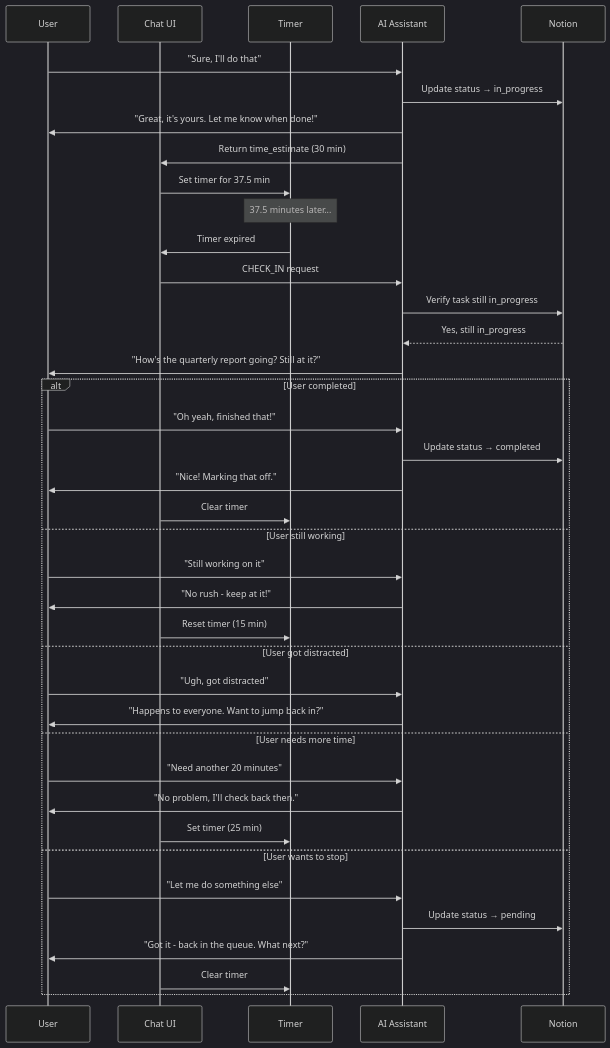
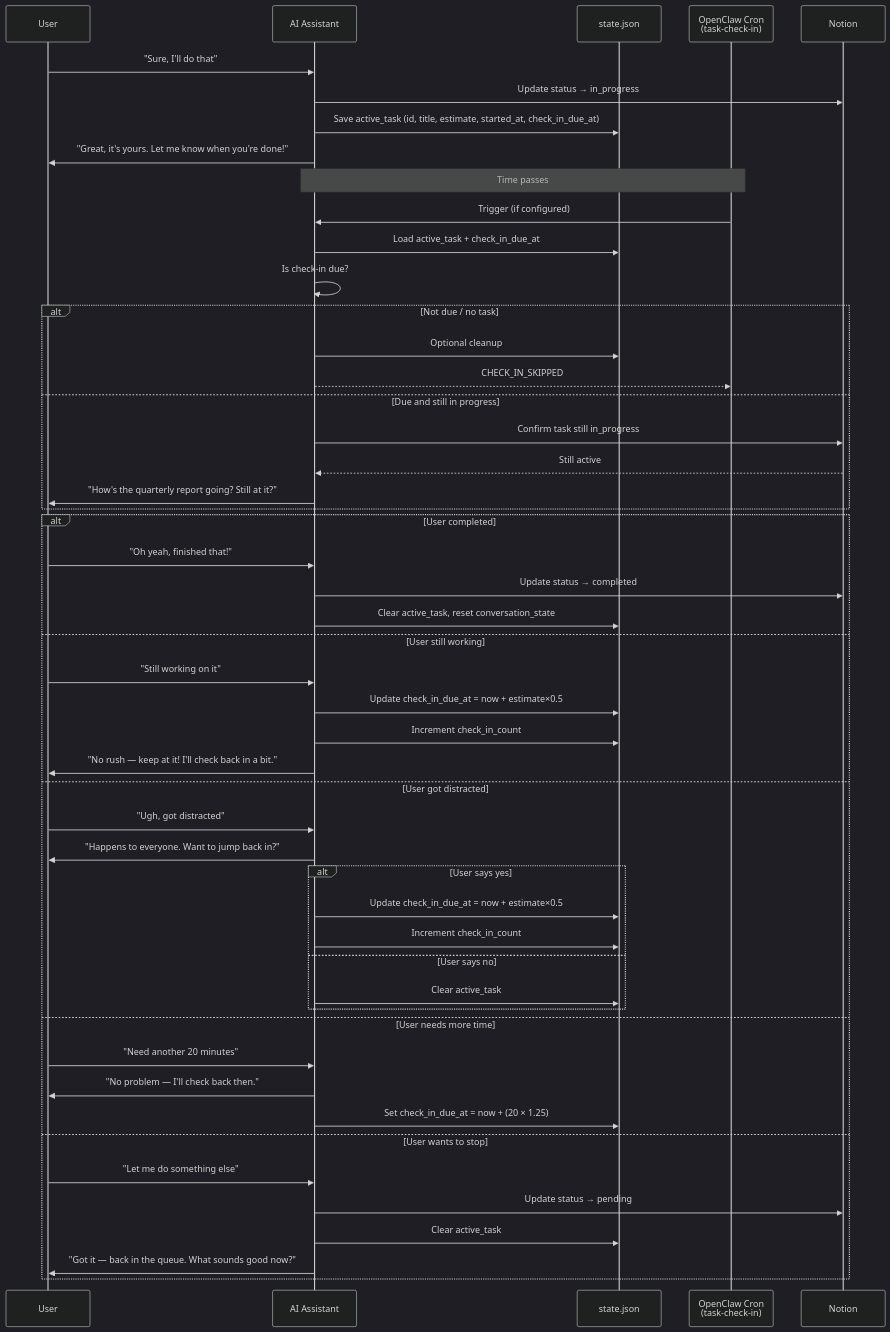
Diagram 20 of 28 in docs/user-interactions.md (NickBorgersProbably/hide-my-list), drawn with Mermaid (dark theme) before and after one commit. The commit also changed other lines of this file and 2 other files, not shown here.

Commit message:
Update check-in documentation for OpenClaw runtime

````diff
--- a/docs/user-interactions.md
+++ b/docs/user-interactions.md
@@ -629,45 +629,56 @@
 ```mermaid
 sequenceDiagram
     participant U as User
-    participant UI as Chat UI
-    participant T as Timer
     participant AI as AI Assistant
+    participant State as state.json
+    participant Cron as OpenClaw Cron<br/>(task-check-in)
     participant N as Notion
 
     U->>AI: "Sure, I'll do that"
     AI->>N: Update status → in_progress
-    AI->>U: "Great, it's yours. Let me know when done!"
-    AI->>UI: Return time_estimate (30 min)
-    UI->>T: Set timer for 37.5 min
+    AI->>State: Save active_task (id, title, estimate, started_at, check_in_due_at)
+    AI->>U: "Great, it's yours. Let me know when you're done!"
 
-    Note over T: 37.5 minutes later...
+    Note over AI,Cron: Time passes
 
-    T->>UI: Timer expired
-    UI->>AI: CHECK_IN request
-    AI->>N: Verify task still in_progress
-    N-->>AI: Yes, still in_progress
-    AI->>U: "How's the quarterly report going? Still at it?"
+    Cron->>AI: Trigger (if configured)
+    AI->>State: Load active_task + check_in_due_at
+    AI->>AI: Is check-in due?
+    alt Not due / no task
+        AI->>State: Optional cleanup
+        AI-->>Cron: CHECK_IN_SKIPPED
+    else Due and still in progress
+        AI->>N: Confirm task still in_progress
+        N-->>AI: Still active
+        AI->>U: "How's the quarterly report going? Still at it?"
+    end
 
     alt User completed
         U->>AI: "Oh yeah, finished that!"
         AI->>N: Update status → completed
-        AI->>U: "Nice! Marking that off."
-        UI->>T: Clear timer
+        AI->>State: Clear active_task, reset conversation_state
     else User still working
         U->>AI: "Still working on it"
-        AI->>U: "No rush - keep at it!"
-        UI->>T: Reset timer (15 min)
+        AI->>State: Update check_in_due_at = now + estimate×0.5
+        AI->>State: Increment check_in_count
+        AI->>U: "No rush — keep at it! I'll check back in a bit."
     else User got distracted
         U->>AI: "Ugh, got distracted"
         AI->>U: "Happens to everyone. Want to jump back in?"
+        alt User says yes
+            AI->>State: Update check_in_due_at = now + estimate×0.5
+            AI->>State: Increment check_in_count
+        else User says no
+            AI->>State: Clear active_task
+        end
     else User needs more time
         U->>AI: "Need another 20 minutes"
-        AI->>U: "No problem, I'll check back then."
-        UI->>T: Set timer (25 min)
+        AI->>U: "No problem — I'll check back then."
+        AI->>State: Set check_in_due_at = now + (20 × 1.25)
     else User wants to stop
         U->>AI: "Let me do something else"
         AI->>N: Update status → pending
-        AI->>U: "Got it - back in the queue. What next?"
-        UI->>T: Clear timer
+        AI->>State: Clear active_task
+        AI->>U: "Got it — back in the queue. What sounds good now?"
     end
 ```
````
